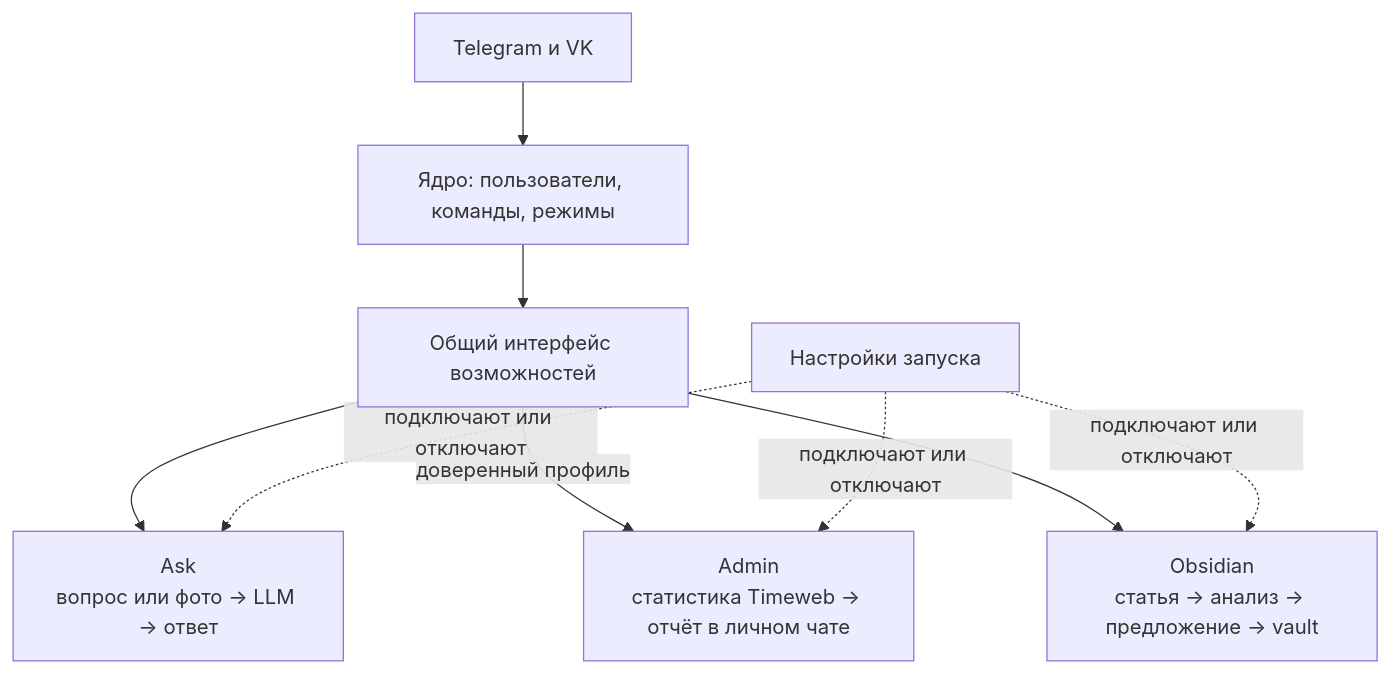
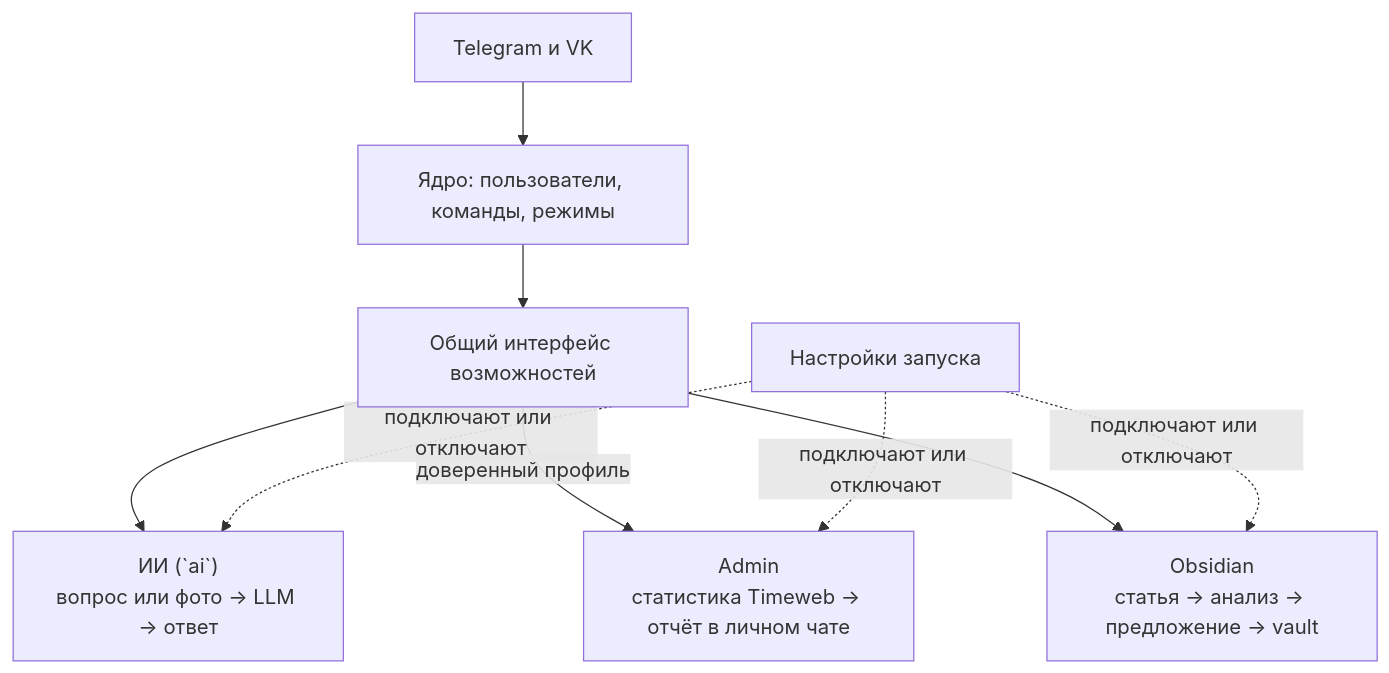
The first of 3 diagrams in README.md (karateka-git/compadre-assistant), drawn with Mermaid before and after one commit. The commit also changed other lines of this file and 47 other files, not shown here.

````diff
--- a/README.md
+++ b/README.md
@@ -53,11 +53,11 @@
 ```mermaid
 flowchart TB
     Channels[Telegram и VK] --> Core[Ядро: пользователи, команды, режимы]
     Core --> Ports[Общий интерфейс возможностей]
-    Ports --> Ask["Ask<br/>вопрос или фото → LLM → ответ"]
+    Ports --> Ai["ИИ (`ai`)<br/>вопрос или фото → LLM → ответ"]
     Ports -->|доверенный профиль| Admin["Admin<br/>статистика Timeweb → отчёт в личном чате"]
     Ports --> Obsidian["Obsidian<br/>статья → анализ → предложение → vault"]
-    Config[Настройки запуска] -. подключают или отключают .-> Ask
+    Config[Настройки запуска] -. подключают или отключают .-> Ai
     Config -. подключают или отключают .-> Admin
     Config -. подключают или отключают .-> Obsidian
 ```
````
